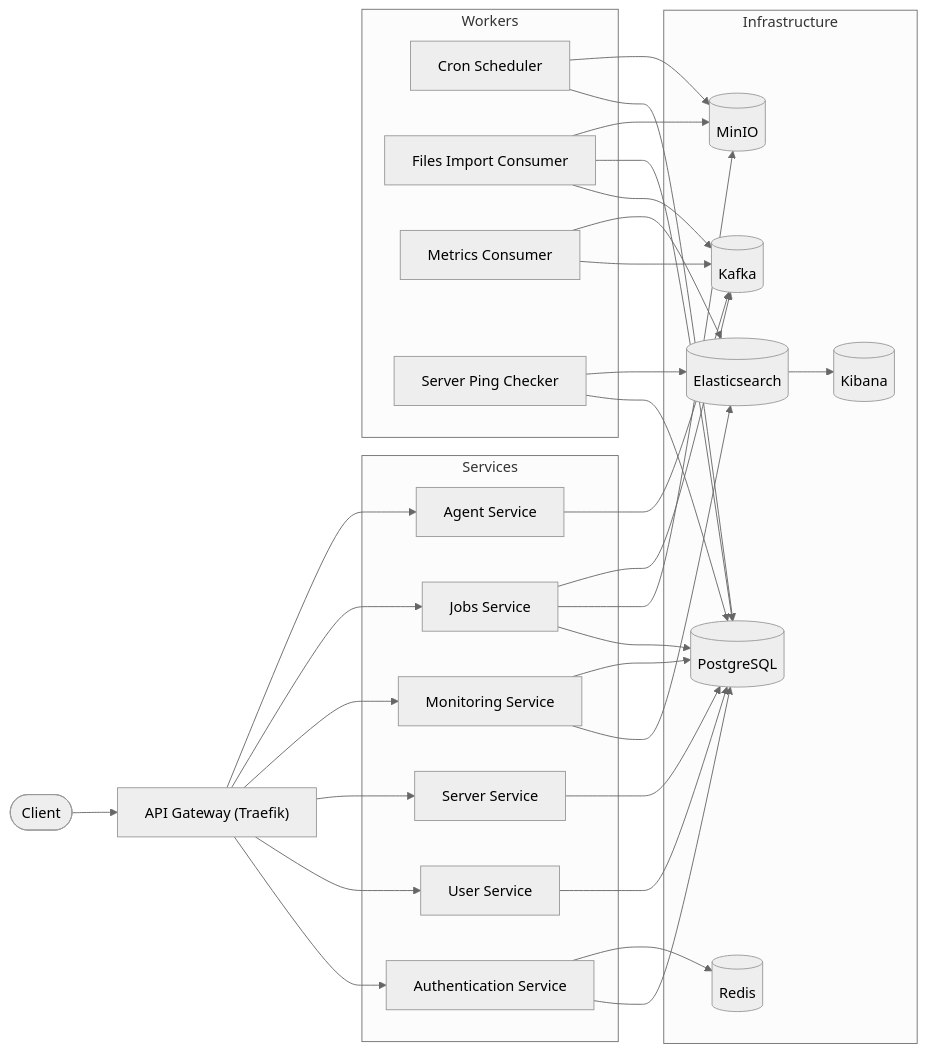
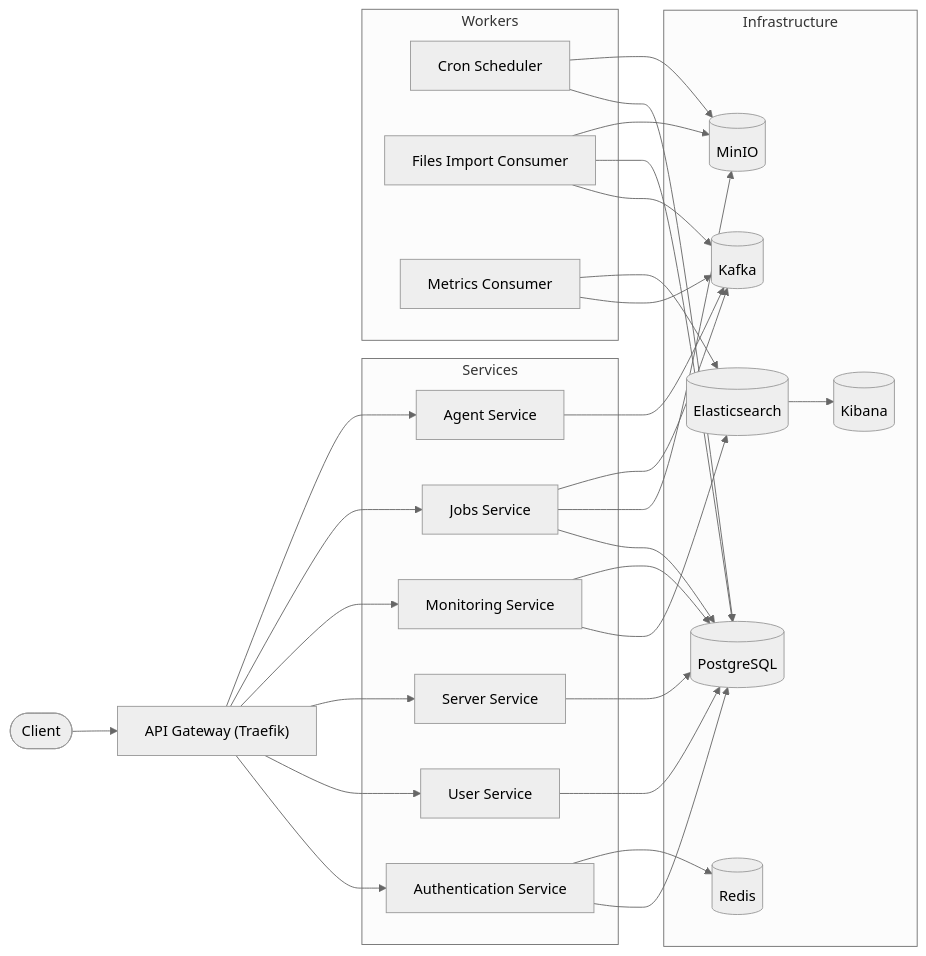
Before and after one commit to HenryNg101/Server-Management-System: the first of 11 diagrams in DESIGN.md, drawn with Mermaid (neutral theme). The commit also changed other lines of this file, not shown here.

````diff
--- a/DESIGN.md
+++ b/DESIGN.md
@@ -52,80 +50,76 @@
 ```mermaid
 flowchart LR
 
     %% CLIENT
     Client([Client])
 
     %% GATEWAY
     Gateway["API Gateway (Traefik)"]
 
     Client --> Gateway
 
     %% SERVICES
     subgraph Services
         Auth[Authentication Service]
         User[User Service]
         Server[Server Service]
         Monitoring[Monitoring Service]
         Jobs[Jobs Service]
         Agent[Agent Service]
     end
 
     Gateway --> Auth
     Gateway --> User
     Gateway --> Server
     Gateway --> Monitoring
     Gateway --> Jobs
     Gateway --> Agent
 
     %% WORKERS
     subgraph Workers
         Cron[Cron Scheduler]
         ImportWorker[Files Import Consumer]
         MetricsWorker[Metrics Consumer]
-        Checker[Server Ping Checker]
     end
 
     %% INFRASTRUCTURE
     subgraph Infrastructure
         DB[(PostgreSQL)]
         Redis[(Redis)]
         Kafka[(Kafka)]
         MinIO[(MinIO)]
         ES[(Elasticsearch)]
         Kibana[(Kibana)]
     end
 
     %% SERVICE DEPENDENCIES
     Auth --> DB
     Auth --> Redis
 
     User --> DB
 
     Server --> DB
 
     Monitoring --> ES
     Monitoring --> DB
 
     Jobs --> DB
     Jobs --> MinIO
     Jobs --> Kafka
 
     Agent --> Kafka
 
     %% WORKER DEPENDENCIES
     ImportWorker --> Kafka
     ImportWorker --> DB
     ImportWorker --> MinIO
 
     MetricsWorker --> Kafka
     MetricsWorker --> ES
 
-    Checker --> DB
-    Checker --> ES
-
     Cron --> DB
     Cron --> MinIO
 
     %% OBSERVABILITY
     ES --> Kibana
 ```
````
